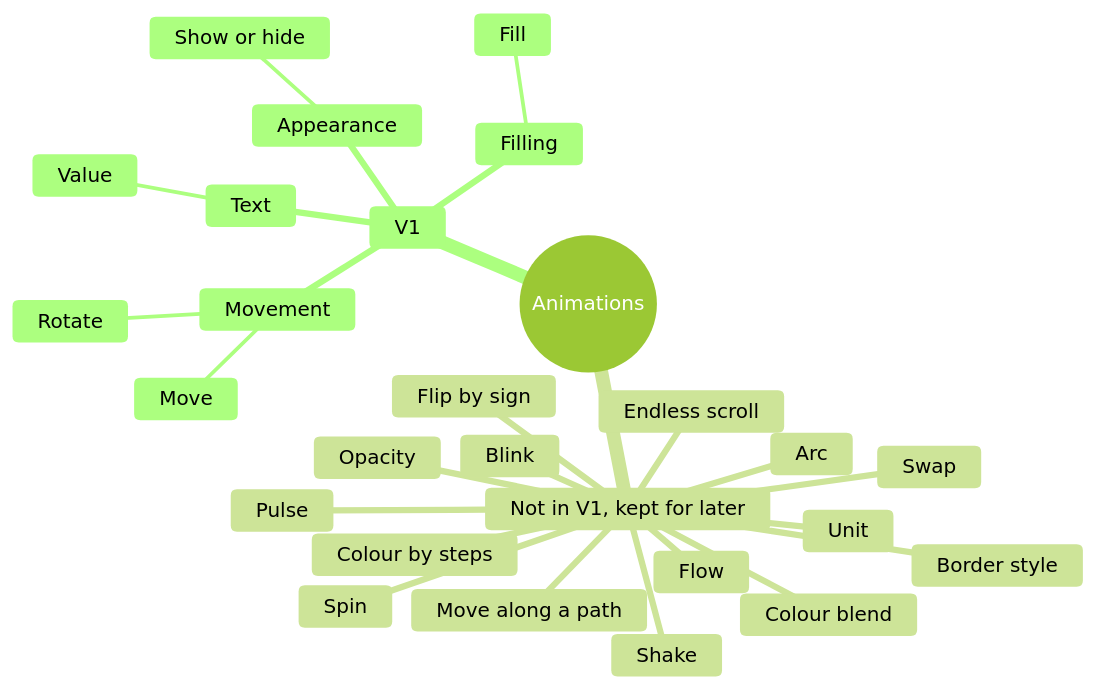
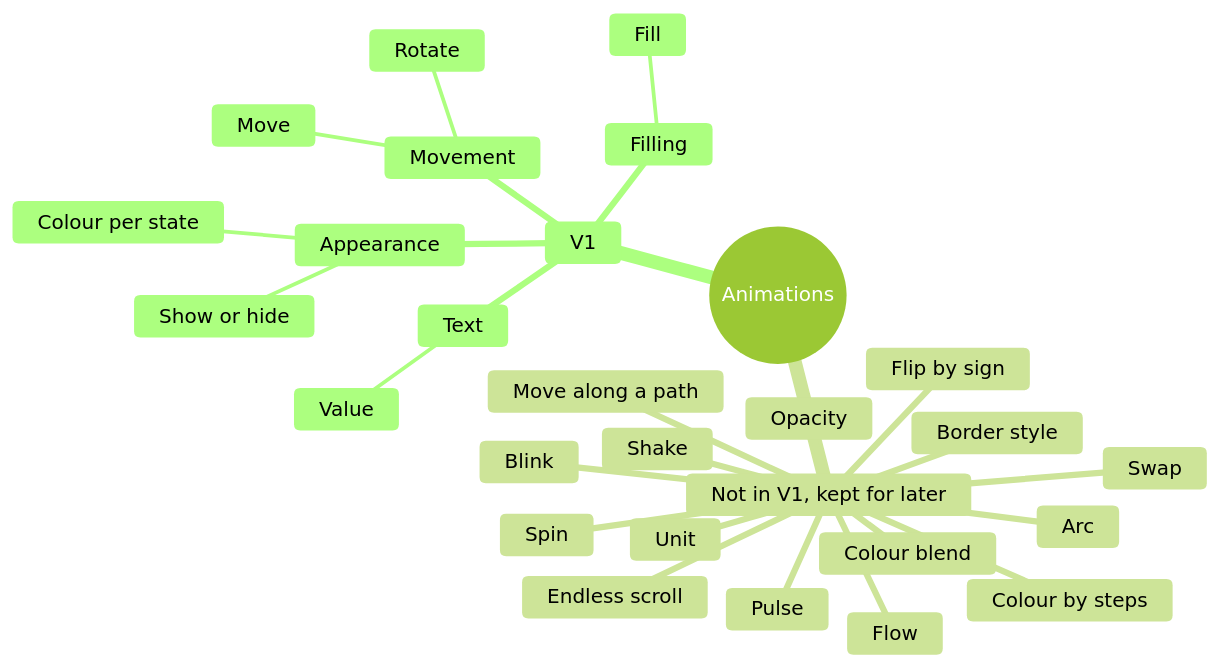
One commit to AlexandreGallais/synoptic-studio-spec changed the diagram in symbols/08-animation-mode/animation-catalogue.md. Above: the diagram before and after it, drawn with Mermaid (forest theme). The commit also changed other lines of this file and 5 other files, not shown here.

First line of the commit message:
docs(animation): bring colour per state into v1 and show a boolean text

````diff
--- a/symbols/08-animation-mode/animation-catalogue.md
+++ b/symbols/08-animation-mode/animation-catalogue.md
@@ -19,30 +19,31 @@
 ```mermaid
 mindmap
   root((Animations))
     V1
       Movement
         Rotate
         Move
       Filling
         Fill
       Appearance
         Show or hide
+        Colour per state
       Text
         Value
     Not in V1, kept for later
       Move along a path
       Spin
       Endless scroll
       Flow
       Shake
       Arc
       Colour by steps
       Colour blend
       Opacity
       Swap
       Blink
       Pulse
       Border style
       Unit
       Flip by sign
 ```
````
